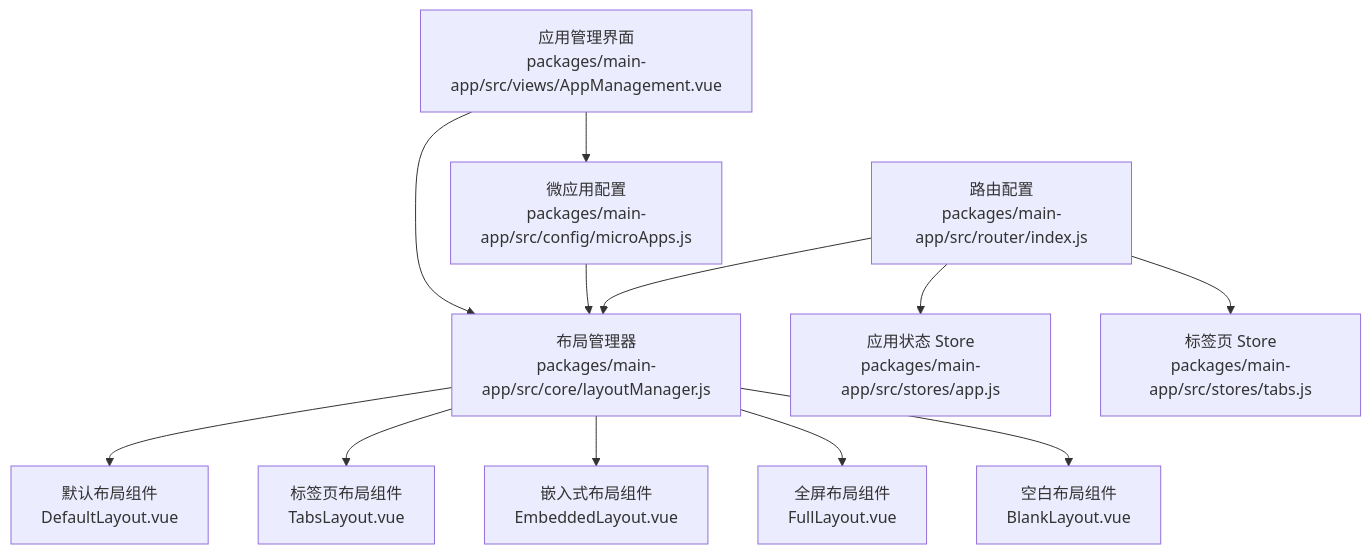
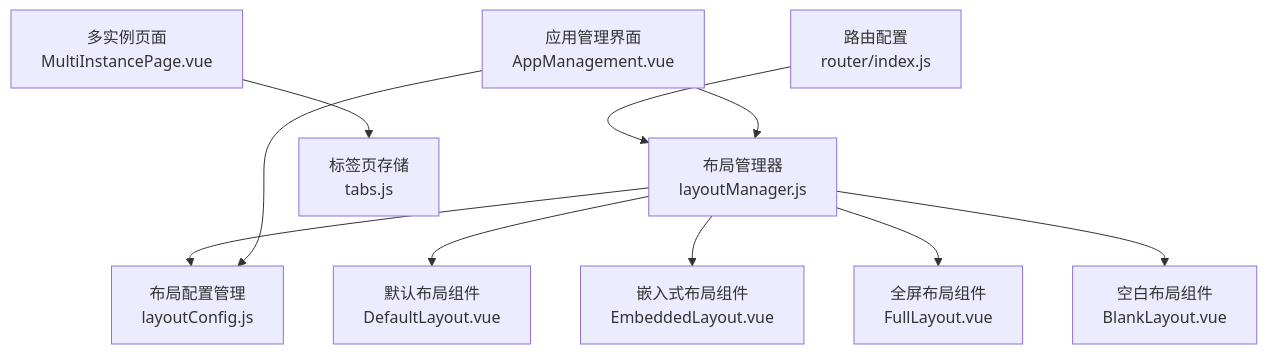
Before and after one commit to my-Sitara/artisan-base-frontend: the first of 6 diagrams in .qoder/repowiki/zh/content/配置管理/布局配置.md, drawn with Mermaid. The commit also changed other lines of this file and 25 other files, not shown here.

````diff
--- a/.qoder/repowiki/zh/content/配置管理/布局配置.md
+++ b/.qoder/repowiki/zh/content/配置管理/布局配置.md
@@ -37,25 +43,22 @@
 ```mermaid
 graph TB
-LM["布局管理器<br/>packages/main-app/src/core/layoutManager.js"]
-RT["路由配置<br/>packages/main-app/src/router/index.js"]
-APP["应用状态 Store<br/>packages/main-app/src/stores/app.js"]
-TABS["标签页 Store<br/>packages/main-app/src/stores/tabs.js"]
-CFG["微应用配置<br/>packages/main-app/src/config/microApps.js"]
-AM["应用管理界面<br/>packages/main-app/src/views/AppManagement.vue"]
+LM["布局管理器<br/>layoutManager.js"]
+LCM["布局配置管理<br/>layoutConfig.js"]
 DL["默认布局组件<br/>DefaultLayout.vue"]
-TL["标签页布局组件<br/>TabsLayout.vue"]
 EL["嵌入式布局组件<br/>EmbeddedLayout.vue"]
 FL["全屏布局组件<br/>FullLayout.vue"]
 BL["空白布局组件<br/>BlankLayout.vue"]
+RT["路由配置<br/>router/index.js"]
+AM["应用管理界面<br/>AppManagement.vue"]
+MIP["多实例页面<br/>MultiInstancePage.vue"]
+TS["标签页存储<br/>tabs.js"]
+LM --> LCM
 LM --> DL
-LM --> TL
 LM --> EL
 LM --> FL
 LM --> BL
 RT --> LM
-RT --> APP
-RT --> TABS
-CFG --> LM
-AM --> CFG
 AM --> LM
+AM --> LCM
+MIP --> TS
 ```
````
